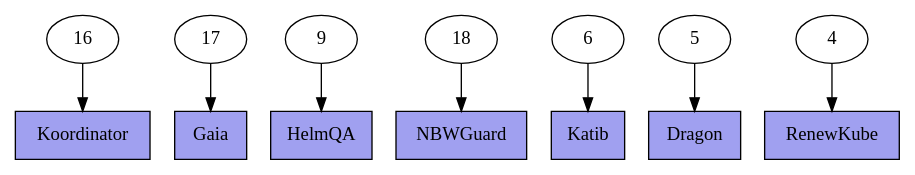
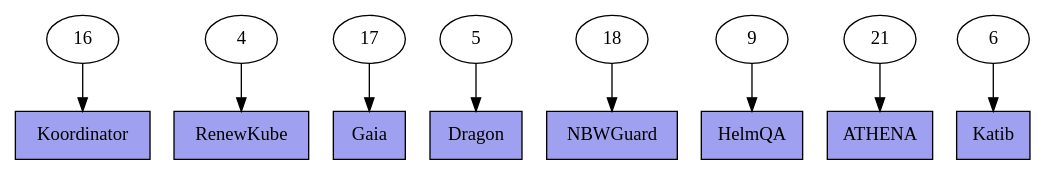
Before and after one commit to serviceprototypinglab/kubernetes-literature-dataset: the diagram in graphs/sldgraph-tech.dot, drawn with Graphviz. The commit also changed 22 other files, not shown here.

```diff
--- a/graphs/sldgraph-tech.dot
+++ b/graphs/sldgraph-tech.dot
@@ -1,24 +1,27 @@
 digraph sldgraph {
 overlap=false;
-_S57828 -> _S31969;
-_S66830 -> _S37872;
-_S86291 -> _S29067;
-_S49274 -> _S66593;
-_S39948 -> _S89728;
-_S64017 -> _S76462;
-_S27012 -> _S78301;
-_S66593 [label="NBWGuard",shape=box,style=filled,fillcolor="#a0a0f0"];
-_S29067 [label="HelmQA",shape=box,style=filled,fillcolor="#a0a0f0"];
-_S76462 [label="Dragon",shape=box,style=filled,fillcolor="#a0a0f0"];
-_S66830 [label="17"];
-_S37872 [label="Gaia",shape=box,style=filled,fillcolor="#a0a0f0"];
-_S57828 [label="16"];
-_S27012 [label="4"];
-_S31969 [label="Koordinator",shape=box,style=filled,fillcolor="#a0a0f0"];
-_S39948 [label="6"];
-_S49274 [label="18"];
-_S78301 [label="RenewKube",shape=box,style=filled,fillcolor="#a0a0f0"];
-_S64017 [label="5"];
-_S86291 [label="9"];
-_S89728 [label="Katib",shape=box,style=filled,fillcolor="#a0a0f0"];
+_S39996 -> _S79999;
+_S35159 -> _S63090;
+_S75868 -> _S17940;
+_S17482 -> _S82632;
+_S74022 -> _S11753;
+_S96801 -> _S54562;
+_S67272 -> _S69928;
+_S94162 -> _S56514;
+_S11753 [label="NBWGuard",shape=box,style=filled,fillcolor="#a0a0f0"];
+_S79999 [label="Koordinator",shape=box,style=filled,fillcolor="#a0a0f0"];
+_S82632 [label="Dragon",shape=box,style=filled,fillcolor="#a0a0f0"];
+_S54562 [label="HelmQA",shape=box,style=filled,fillcolor="#a0a0f0"];
+_S96801 [label="9"];
+_S69928 [label="ATHENA",shape=box,style=filled,fillcolor="#a0a0f0"];
+_S75868 [label="17"];
+_S17482 [label="5"];
+_S63090 [label="RenewKube",shape=box,style=filled,fillcolor="#a0a0f0"];
+_S39996 [label="16"];
+_S94162 [label="6"];
+_S56514 [label="Katib",shape=box,style=filled,fillcolor="#a0a0f0"];
+_S74022 [label="18"];
+_S67272 [label="21"];
+_S35159 [label="4"];
+_S17940 [label="Gaia",shape=box,style=filled,fillcolor="#a0a0f0"];
 }
```
